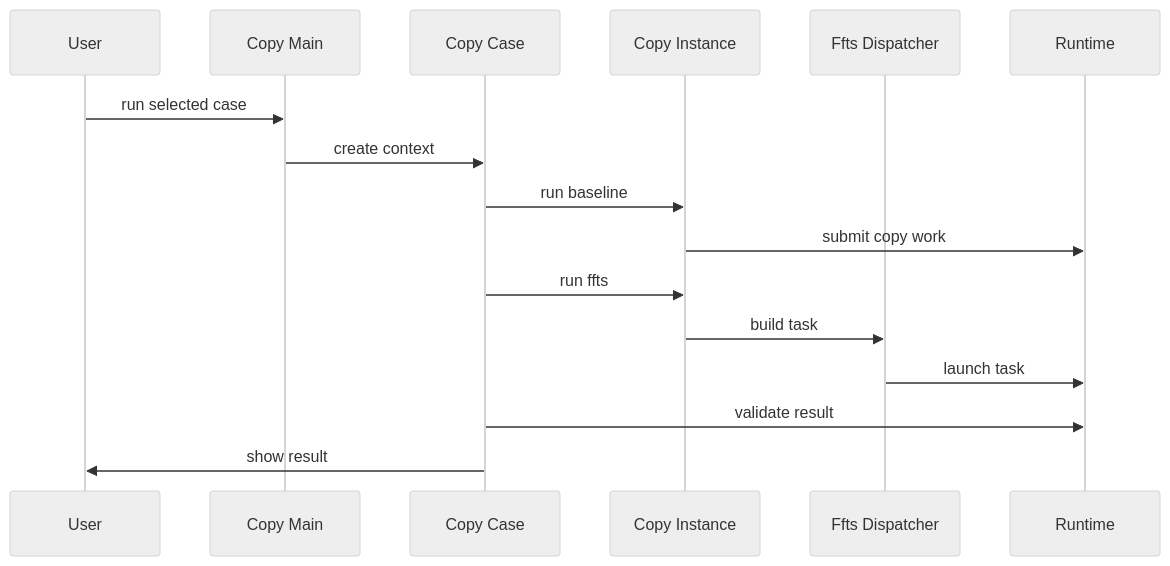
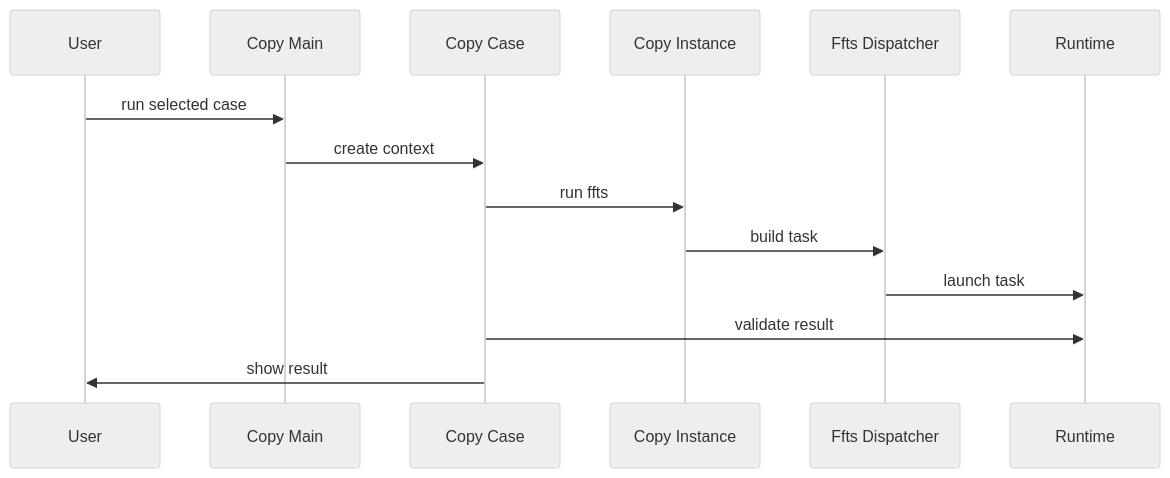
One commit to SJTUqizhenlin/dev-sandbox changed the second of 2 diagrams in module/copy/ascend/ffts_d2d_integration_plan.md. Above: the diagram before and after it, drawn with Mermaid (neutral theme). The commit also changed other lines of this file and 4 other files, not shown here.

````diff
--- a/module/copy/ascend/ffts_d2d_integration_plan.md
+++ b/module/copy/ascend/ffts_d2d_integration_plan.md
@@ -271,18 +265,16 @@
 ```mermaid
 sequenceDiagram
     participant User
     participant Copy Main
     participant Copy Case
     participant Copy Instance
     participant Ffts Dispatcher
     participant Runtime
     User->>Copy Main: run selected case
     Copy Main->>Copy Case: create context
-    Copy Case->>Copy Instance: run baseline
-    Copy Instance->>Runtime: submit copy work
     Copy Case->>Copy Instance: run ffts
     Copy Instance->>Ffts Dispatcher: build task
     Ffts Dispatcher->>Runtime: launch task
     Copy Case->>Runtime: validate result
     Copy Case->>User: show result
 ```
````
